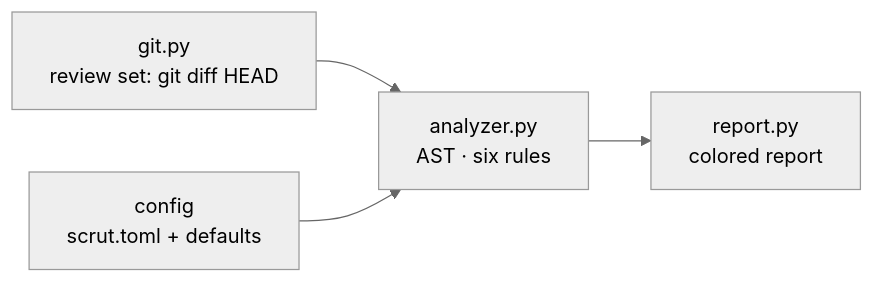
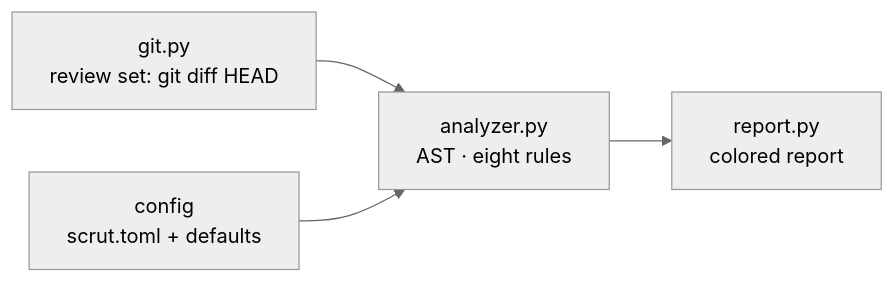
One commit to mukundzha/avouch changed the diagram in README.md. Above: the diagram before and after it, drawn with Mermaid (neutral theme). The commit also changed other lines of this file and 6 other files, not shown here.

````diff
--- a/README.md
+++ b/README.md
@@ -239,6 +254,6 @@
 ```mermaid
 flowchart LR
-    G[git.py<br/>review set: git diff HEAD] --> A[analyzer.py<br/>AST · six rules]
+    G[git.py<br/>review set: git diff HEAD] --> A[analyzer.py<br/>AST · eight rules]
     C[config<br/>scrut.toml + defaults] --> A
     A --> R[report.py<br/>colored report]
 ```
````
